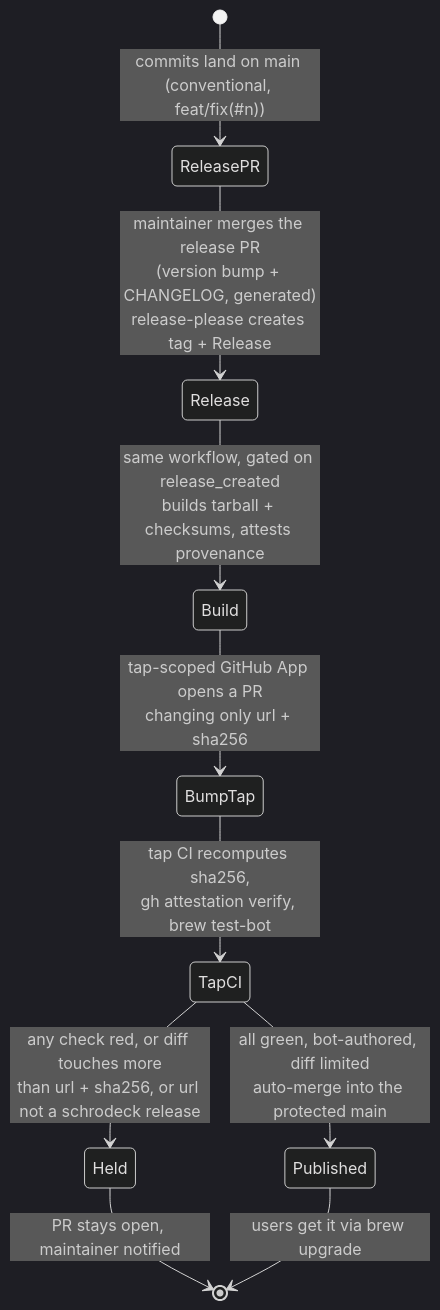
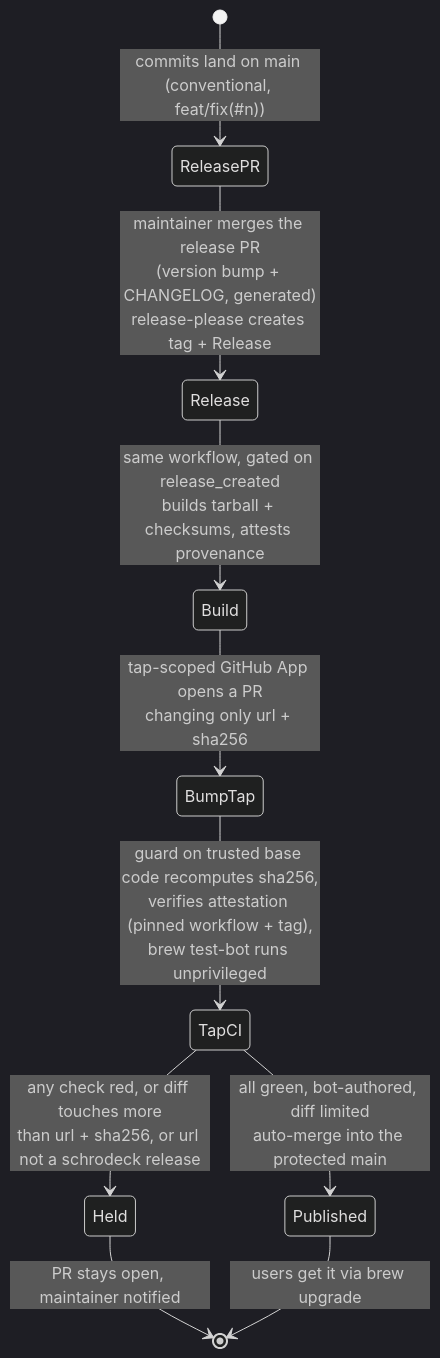
The diagram in docs/adr/0028-distribution-brew-tap-and-pkg.md (csmarshall/mac-streamdeck-sync), drawn with Mermaid (dark theme) before and after one commit. The commit also changed other lines of this file and 25 other files, not shown here.

````diff
--- a/docs/adr/0028-distribution-brew-tap-and-pkg.md
+++ b/docs/adr/0028-distribution-brew-tap-and-pkg.md
@@ -34,13 +34,13 @@
 ```mermaid
 stateDiagram-v2
     direction TB
     [*] --> ReleasePR: commits land on main (conventional, feat/fix(#n))
     ReleasePR --> Release: maintainer merges the release PR<br/>(version bump + CHANGELOG, generated)<br/>release-please creates tag + Release
     Release --> Build: same workflow, gated on release_created<br/>builds tarball + checksums, attests provenance
     Build --> BumpTap: tap-scoped GitHub App opens a PR<br/>changing only url + sha256
-    BumpTap --> TapCI: tap CI recomputes sha256,<br/>gh attestation verify, brew test-bot
+    BumpTap --> TapCI: guard on trusted base code recomputes sha256,<br/>verifies attestation (pinned workflow + tag),<br/>brew test-bot runs unprivileged
     TapCI --> Held: any check red, or diff touches more<br/>than url + sha256, or url not a schrodeck release
     TapCI --> Published: all green, bot-authored, diff limited<br/>auto-merge into the protected main
     Held --> [*]: PR stays open, maintainer notified
     Published --> [*]: users get it via brew upgrade
 ```
````
